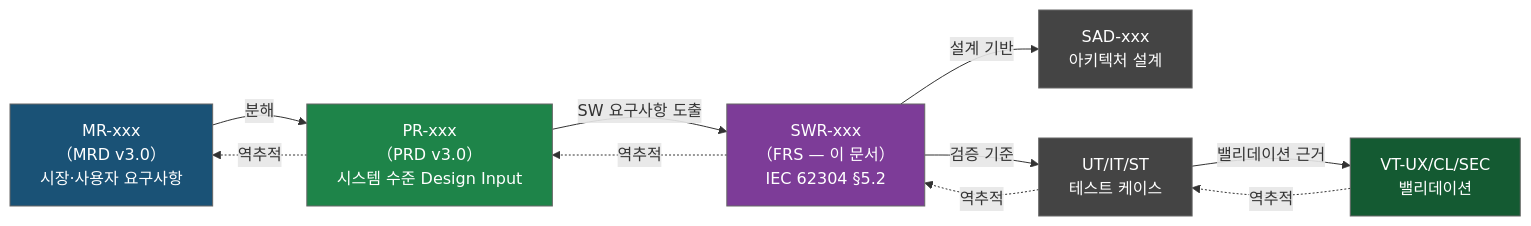
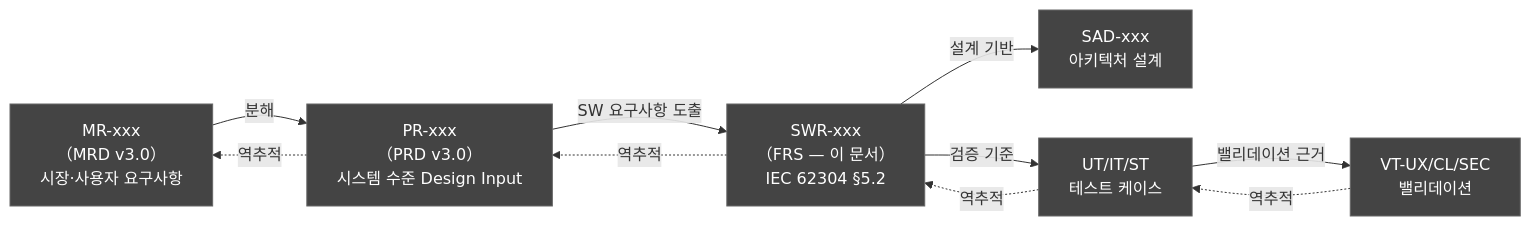
The eighth of 8 diagrams in docs/planning/DOC-004_FRS_v2.0.md (holee9/console-gui), drawn with Mermaid before and after one commit. The commit also changed other lines of this file and 35 other files, not shown here.

First line of the commit message:
fix: 전체 Mermaid 차트 색상 진한 회색 통일

````diff
--- a/docs/planning/DOC-004_FRS_v2.0.md
+++ b/docs/planning/DOC-004_FRS_v2.0.md
@@ -1014,26 +1014,26 @@
 ```mermaid
 flowchart LR
     MR["MR-xxx\n（MRD v3.0）\n시장·사용자 요구사항"]
     PR["PR-xxx\n（PRD v3.0）\n시스템 수준 Design Input"]
     SWR_doc["SWR-xxx\n（FRS — 이 문서）\nIEC 62304 §5.2"]
     SAD_["SAD-xxx\n아키텍처 설계"]
     TC["UT/IT/ST\n테스트 케이스"]
     VT_["VT-UX/CL/SEC\n밸리데이션"]
 
     MR -->|"분해"| PR
     PR -->|"SW 요구사항 도출"| SWR_doc
     SWR_doc -->|"설계 기반"| SAD_
     SWR_doc -->|"검증 기준"| TC
     TC -->|"밸리데이션 근거"| VT_
 
     VT_ -.->|"역추적"| TC
     TC -.->|"역추적"| SWR_doc
     SWR_doc -.->|"역추적"| PR
     PR -.->|"역추적"| MR
 
     classDef default fill:#444,stroke:#666,color:#fff
-    style MR fill:#1a5276,color:#fff
-    style PR fill:#1e8449,color:#fff
-    style SWR_doc fill:#7d3c98,color:#fff
-    style VT_ fill:#145a32,color:#fff
+    style MR fill:#444,color:#fff
+    style PR fill:#444,color:#fff
+    style SWR_doc fill:#444,color:#fff
+    style VT_ fill:#444,color:#fff
 ```
````
